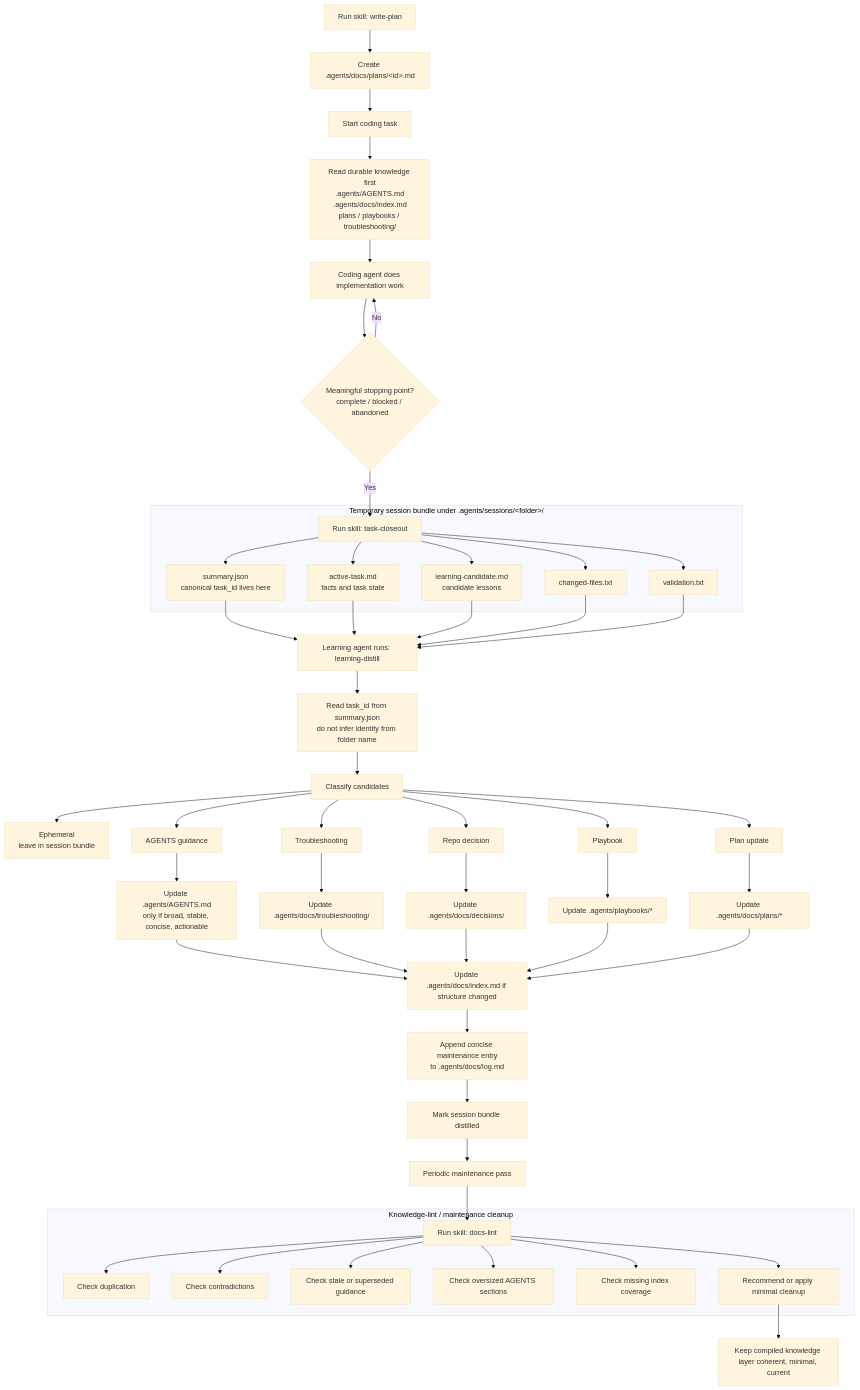
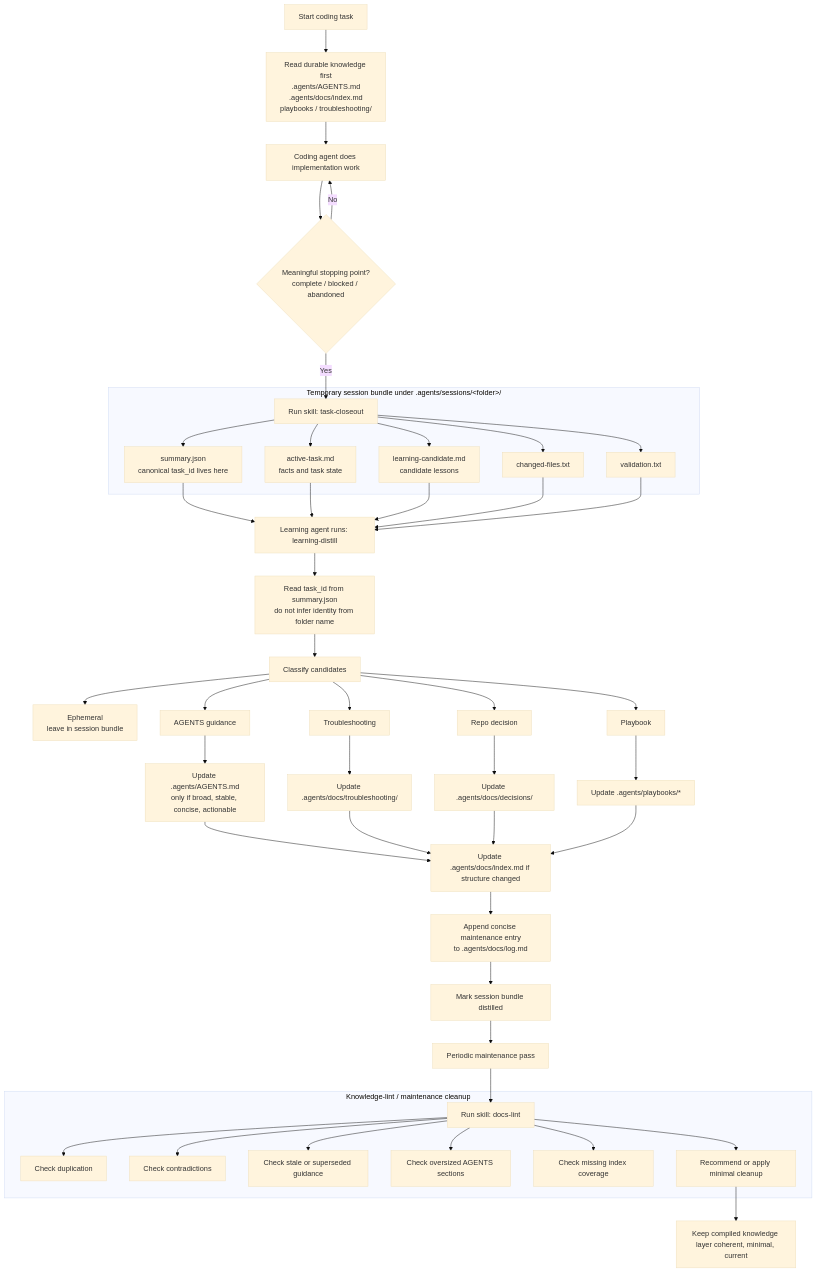
Before and after one commit to Hypercubed/Agent-Knowledge-Starter-Kit: the diagram in docs/architecture.md, drawn with Mermaid (base theme). The commit also changed other lines of this file and 45 other files, not shown here.

````diff
--- a/docs/architecture.md
+++ b/docs/architecture.md
@@ -231,63 +217,61 @@
 ```mermaid
 flowchart TD
-    A0[Run skill: write-plan] --> A0b[Create .agents/docs/plans/&lt;id&gt;.md]
-    A0b --> A
-    A[Start coding task] --> C[Read durable knowledge first<br/>.agents/AGENTS.md<br/>.agents/docs/index.md<br/>plans / playbooks / troubleshooting/]
+    A[Start coding task] --> C[Read durable knowledge first<br/>.agents/AGENTS.md<br/>.agents/docs/index.md<br/>playbooks / troubleshooting/]
     C --> B[Coding agent does implementation work]
     B --> D{Meaningful stopping point?<br/>complete / blocked / abandoned}
     D -- No --> B
     D -- Yes --> E[Run skill: task-closeout]
 
     subgraph SessionBundle["Temporary session bundle under .agents/sessions/&lt;folder&gt;/"]
         E --> F[summary.json<br/>canonical task_id lives here]
         E --> G[active-task.md<br/>facts and task state]
         E --> H[learning-candidate.md<br/>candidate lessons]
         E --> I[changed-files.txt]
         E --> J[validation.txt]
     end
 
     F --> K[Learning agent runs: learning-distill]
     G --> K
     H --> K
     I --> K
     J --> K
 
     K --> L[Read task_id from summary.json<br/>do not infer identity from folder name]
     L --> M[Classify candidates]
 
     M --> M1[Ephemeral<br/>leave in session bundle]
     M --> M2[AGENTS guidance]
     M --> M3[Troubleshooting]
     M --> M4[Repo decision]
     M --> M5[Playbook]
-    M --> M6[Plan update]
+
 
     M2 --> N1[Update .agents/AGENTS.md<br/>only if broad, stable, concise, actionable]
     M3 --> N2[Update .agents/docs/troubleshooting/]
     M4 --> N3[Update .agents/docs/decisions/]
     M5 --> N4[Update .agents/playbooks/*]
-    M6 --> N5[Update .agents/docs/plans/*]
+
 
     N1 --> O[Update .agents/docs/index.md if structure changed]
     N2 --> O
     N3 --> O
     N4 --> O
-    N5 --> O
+
 
     O --> P[Append concise maintenance entry<br/>to .agents/docs/log.md]
     P --> Q[Mark session bundle distilled]
 
     Q --> R[Periodic maintenance pass]
     R --> S[Run skill: docs-lint]
 
     subgraph KnowledgeLint["Knowledge-lint / maintenance cleanup"]
         S --> T[Check duplication]
         S --> U[Check contradictions]
         S --> V[Check stale or superseded guidance]
         S --> W[Check oversized AGENTS sections]
         S --> X[Check missing index coverage]
         S --> Y[Recommend or apply minimal cleanup]
     end
 
     Y --> Z[Keep compiled knowledge layer coherent, minimal, current]
 ```
````
